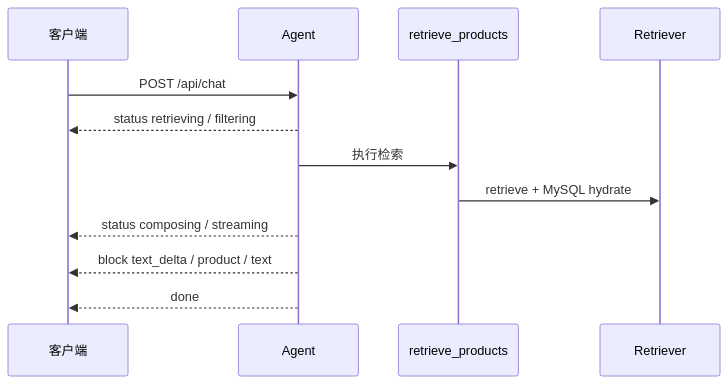
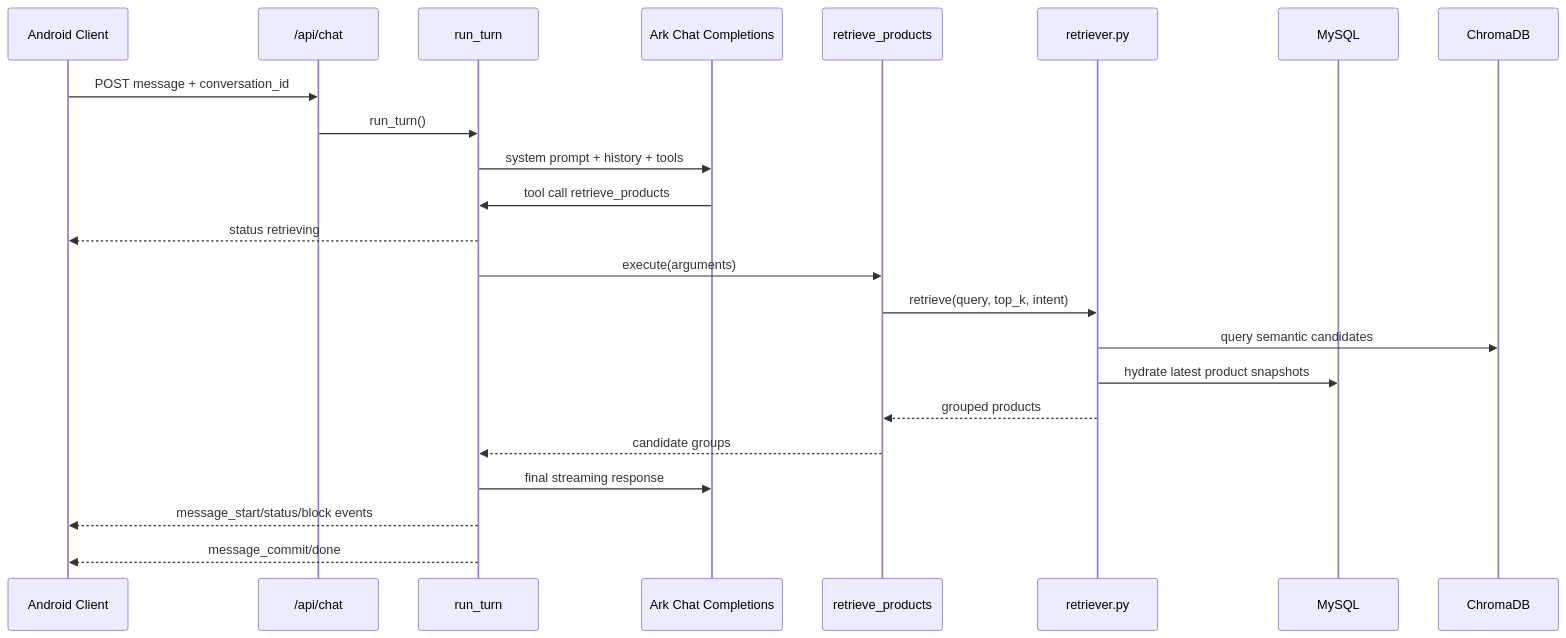
Before and after one commit to LyZephyr/EcommerceAgent: the fourth of 5 diagrams in architecture.md, drawn with Mermaid. The commit also changed other lines of this file and 2 other files, not shown here.

````diff
--- a/architecture.md
+++ b/architecture.md
@@ -173,15 +238,26 @@
 ```mermaid
 sequenceDiagram
-    participant C as 客户端
-    participant A as Agent
-    participant T as retrieve_products
-    participant R as Retriever
+    participant Client as Android Client
+    participant API as /api/chat
+    participant Agent as run_turn
+    participant LLM as Ark Chat Completions
+    participant Tool as retrieve_products
+    participant Retriever as retriever.py
+    participant MySQL as MySQL
+    participant Chroma as ChromaDB
 
-    C->>A: POST /api/chat
-    A-->>C: status retrieving / filtering
-    A->>T: 执行检索
-    T->>R: retrieve + MySQL hydrate
-    A-->>C: status composing / streaming
-    A-->>C: block text_delta / product / text
-    A-->>C: done
+    Client->>API: POST message + conversation_id
+    API->>Agent: run_turn()
+    Agent->>LLM: system prompt + history + tools
+    LLM->>Agent: tool call retrieve_products
+    Agent-->>Client: status retrieving
+    Agent->>Tool: execute(arguments)
+    Tool->>Retriever: retrieve(query, top_k, intent)
+    Retriever->>Chroma: query semantic candidates
+    Retriever->>MySQL: hydrate latest product snapshots
+    Retriever-->>Tool: grouped products
+    Tool-->>Agent: candidate groups
+    Agent->>LLM: final streaming response
+    Agent-->>Client: message_start/status/block events
+    Agent-->>Client: message_commit/done
 ```
````
